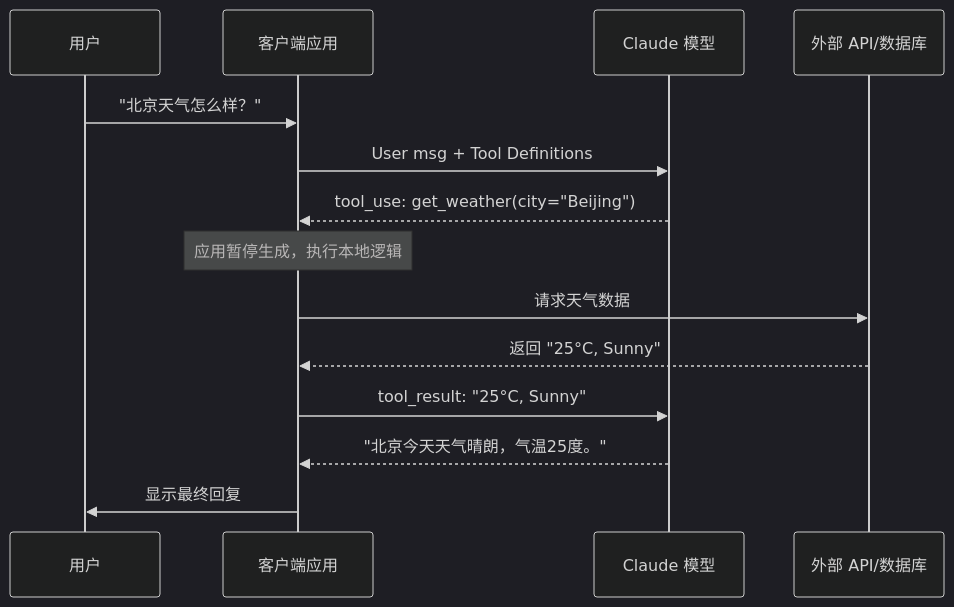
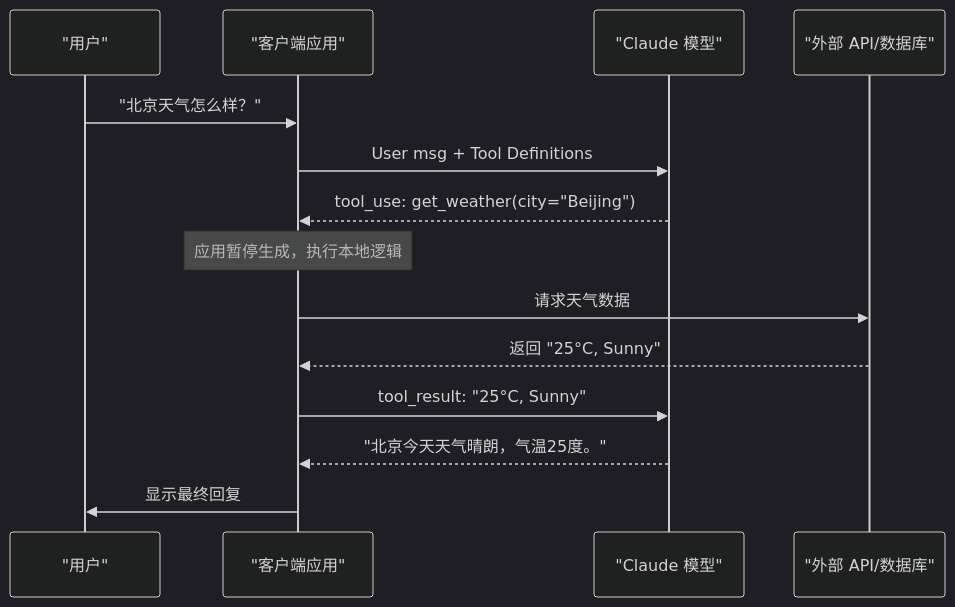
Before and after one commit to azaleta/claude_guide: the diagram in 03_tools/3.1_overview.md, drawn with Mermaid (dark theme). The commit also changed 14 other files, not shown here.

````diff
--- a/03_tools/3.1_overview.md
+++ b/03_tools/3.1_overview.md
@@ -83,20 +83,20 @@
 ```mermaid
 sequenceDiagram
-    participant User as 用户
-    participant App as 客户端应用
-    participant Claude as Claude 模型
-    participant API as 外部 API/数据库
+    participant User as "用户"
+    participant App as "客户端应用"
+    participant Claude as "Claude 模型"
+    participant API as "外部 API/数据库"
 
     User->>App: "北京天气怎么样？"
     App->>Claude: User msg + Tool Definitions
     Claude-->>App: tool_use: get_weather(city="Beijing")
     
     Note over App: 应用暂停生成，执行本地逻辑
     
     App->>API: 请求天气数据
     API-->>App: 返回 "25°C, Sunny"
     
     App->>Claude: tool_result: "25°C, Sunny"
     Claude-->>App: "北京今天天气晴朗，气温25度。"
     App->>User: 显示最终回复
 ```
````
